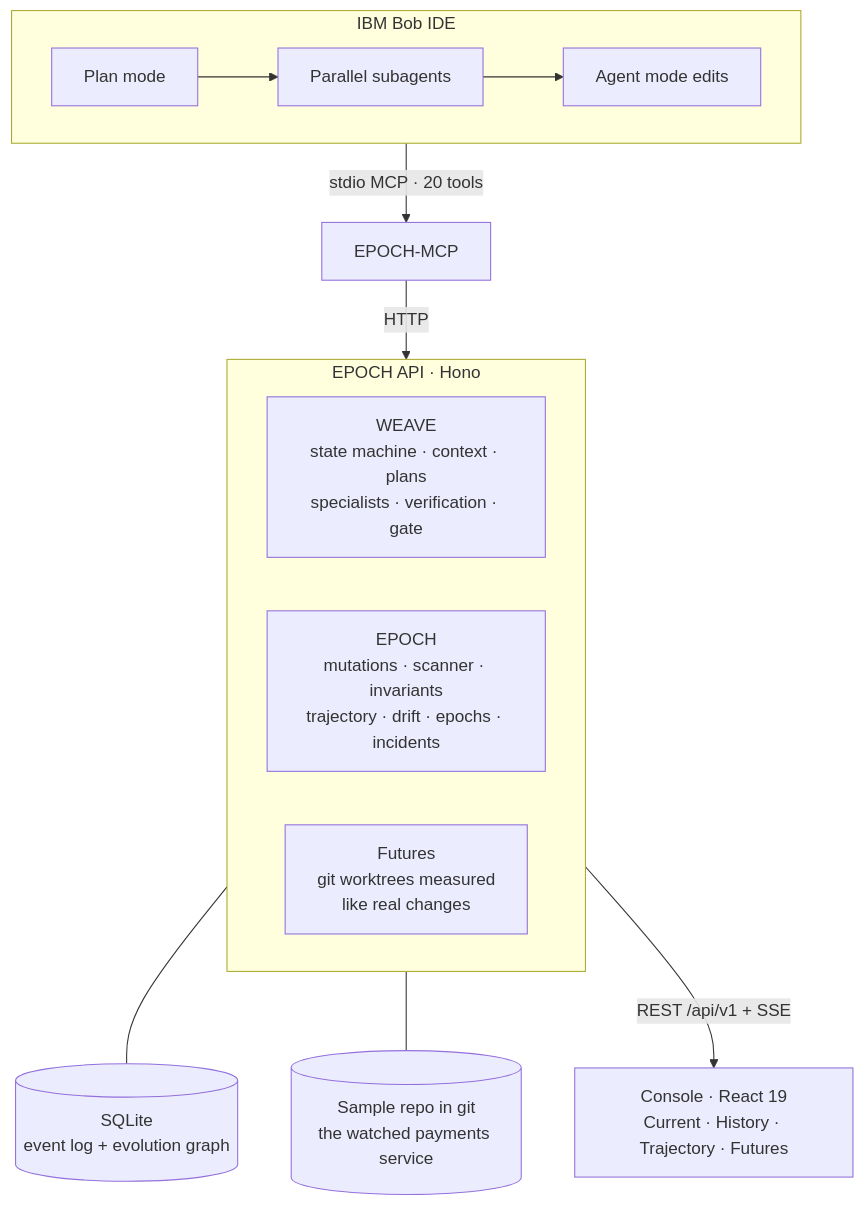
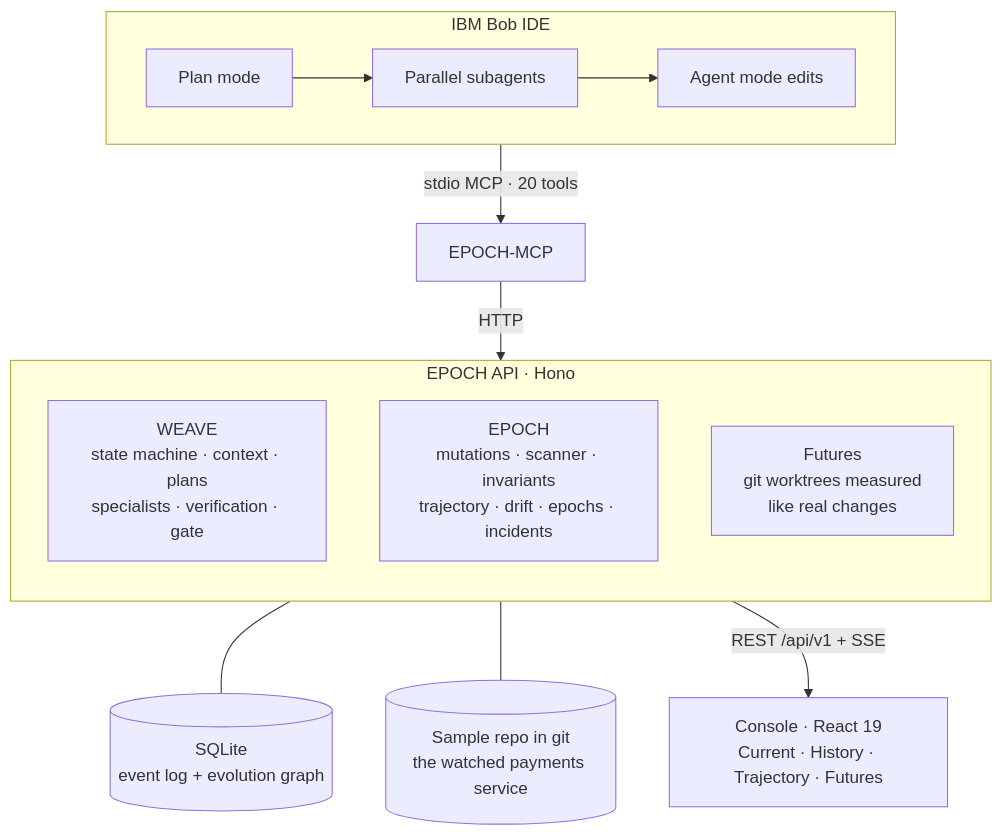
One commit to Sarthaksulkhlan/epoch-software.evolution changed the fifth of 6 diagrams in README.md. Above: the diagram before and after it, drawn with Mermaid. The commit also changed other lines of this file, not shown here.

Commit message:
docs: keep README diagrams clear of GitHub's zoom controls

````diff
--- a/README.md
+++ b/README.md
@@ -241,18 +241,18 @@
 ```mermaid
 flowchart TB
     subgraph BOB["IBM Bob IDE"]
         direction LR
         P["Plan mode"] --> S["Parallel subagents"] --> E["Agent mode edits"]
     end
     BOB -- "stdio MCP · 20 tools" --> MCP["EPOCH-MCP"]
     MCP -- "HTTP" --> API
     subgraph API["EPOCH API · Hono"]
-        direction LR
+        direction TB
         W["WEAVE<br/>state machine · context · plans<br/>specialists · verification · gate"]
         EV["EPOCH<br/>mutations · scanner · invariants<br/>trajectory · drift · epochs · incidents"]
         F["Futures<br/>git worktrees measured<br/>like real changes"]
     end
     API --- DB[("SQLite<br/>event log + evolution graph")]
     API --- REPO[("Sample repo in git<br/>the watched payments service")]
     API -- "REST /api/v1 + SSE" --> UI["Console · React 19<br/>Current · History · Trajectory · Futures"]
 ```
````
